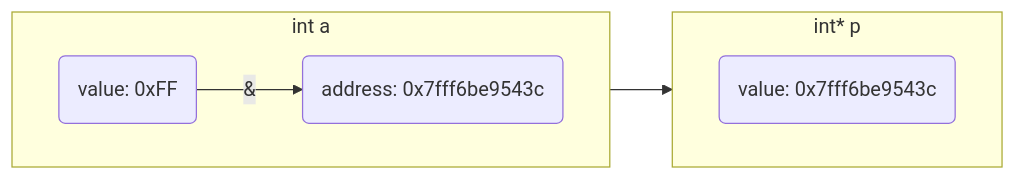
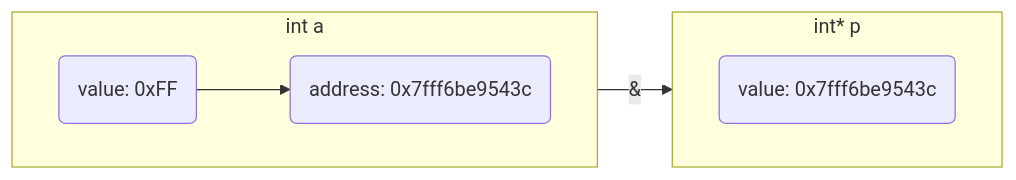
One commit to dmjcb/dmjcb.github.io changed the first of 11 diagrams in _posts/language/c_c++/pointer/2022-01-08-指针.md. Above: the diagram before and after it, drawn with Mermaid. The commit also changed other lines of this file and 8 other files, not shown here.

````diff
--- a/_posts/language/c_c++/pointer/2022-01-08-指针.md
+++ b/_posts/language/c_c++/pointer/2022-01-08-指针.md
@@ -37,12 +37,12 @@
 ```mermaid
 graph LR;
     subgraph S1[int a]
         direction LR
-        V2(value: 0xFF)--"&"-->A2(address: 0x7fff6be9543c)
+        V2(value: 0xFF)-->A2(address: 0x7fff6be9543c)
     end
     subgraph S2[int* p]
         direction LR
         V1(value: 0x7fff6be9543c)
     end
-    A2-->S2
+    A2--"&"-->S2
 ```
````
